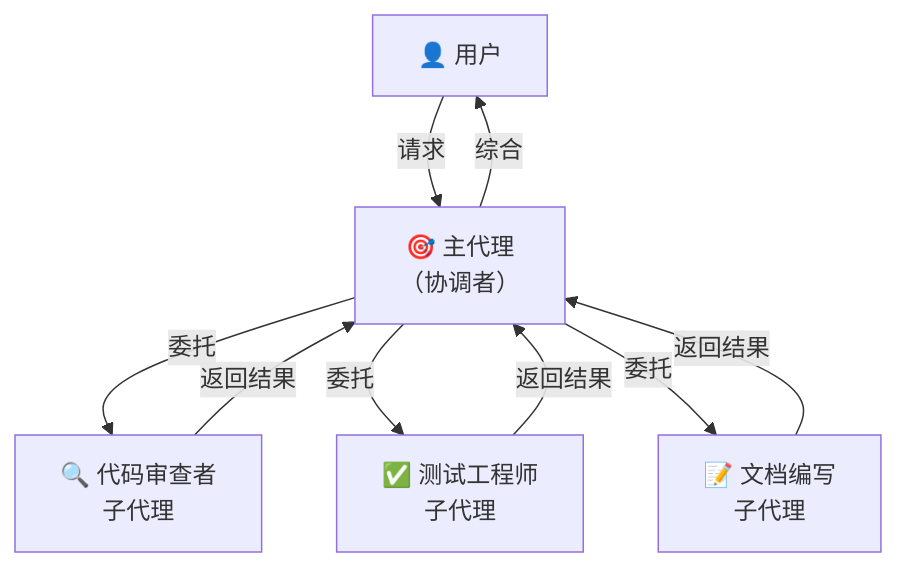
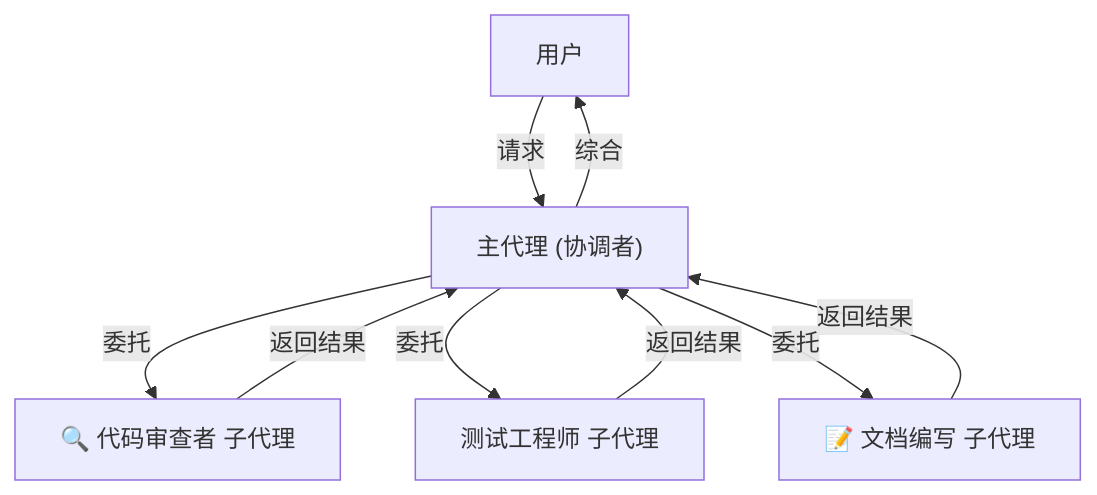
Before and after one commit to Rx782-Fss/claude-howto-zh: the fourth of 31 diagrams in claude-howto-zh/claude_concepts_guide.md, drawn with Mermaid. The commit also changed other lines of this file and 8 other files, not shown here.

First line of the commit message:
fix: 清除所有 Mermaid 内的 GitHub 不兼容内容

````diff
--- a/claude-howto-zh/claude_concepts_guide.md
+++ b/claude-howto-zh/claude_concepts_guide.md
@@ -222,17 +222,17 @@
 ```mermaid
 graph TB
-    User["👤 用户"]
-    Main["🎯 主代理<br/>（协调者）"]
-    Reviewer["🔍 代码审查者<br/>子代理"]
-    Tester["✅ 测试工程师<br/>子代理"]
-    Docs["📝 文档编写<br/>子代理"]
+    User[" 用户"]
+    Main[" 主代理 (协调者)"]
+    Reviewer["🔍 代码审查者 子代理"]
+    Tester[" 测试工程师 子代理"]
+    Docs["📝 文档编写 子代理"]
 
     User -->|请求| Main
     Main -->|委托| Reviewer
     Main -->|委托| Tester
     Main -->|委托| Docs
     Reviewer -->|返回结果| Main
     Tester -->|返回结果| Main
     Docs -->|返回结果| Main
     Main -->|综合| User
 ```
````
